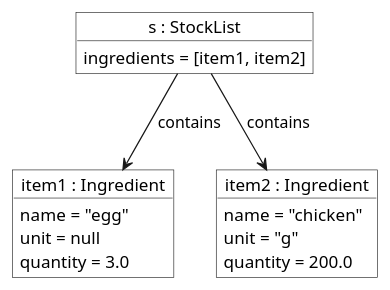
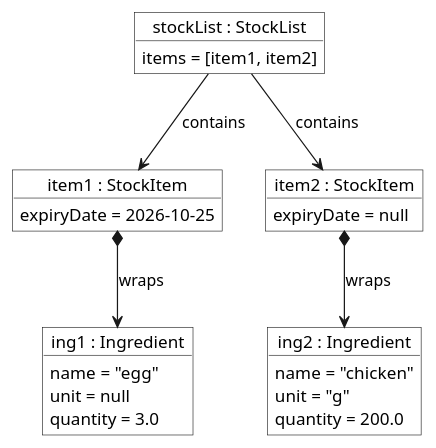
One commit to AY2627S1-CS2113-W14-3/tp changed the diagram in docs/diagrams/stock-object.puml. Above: the diagram before and after it, drawn with PlantUML. The commit also changed 14 other files, not shown here.

Commit message:
Implement stock expiry dates and update UG/DG documentation

```diff
--- a/docs/diagrams/stock-object.puml
+++ b/docs/diagrams/stock-object.puml
@@ -1,23 +1,34 @@
 @startuml
-
 skinparam objectBackgroundColor White
 
-object "s : StockList" as stock {
-  ingredients = [item1, item2]
+object "stockList : StockList" as stock {
+  items = [item1, item2]
 }
 
-object "item1 : Ingredient" as item1 {
+object "item1 : StockItem" as item1 {
+  expiryDate = 2026-10-25
+}
+
+object "ing1 : Ingredient" as ing1 {
   name = "egg"
   unit = null
   quantity = 3.0
 }
 
-object "item2 : Ingredient" as item2 {
+object "item2 : StockItem" as item2 {
+  expiryDate = null
+}
+
+object "ing2 : Ingredient" as ing2 {
   name = "chicken"
   unit = "g"
   quantity = 200.0
 }
 
 stock --> item1 : contains
+item1 *--> ing1 : wraps
+
 stock --> item2 : contains
+item2 *--> ing2 : wraps
+
 @enduml
```
